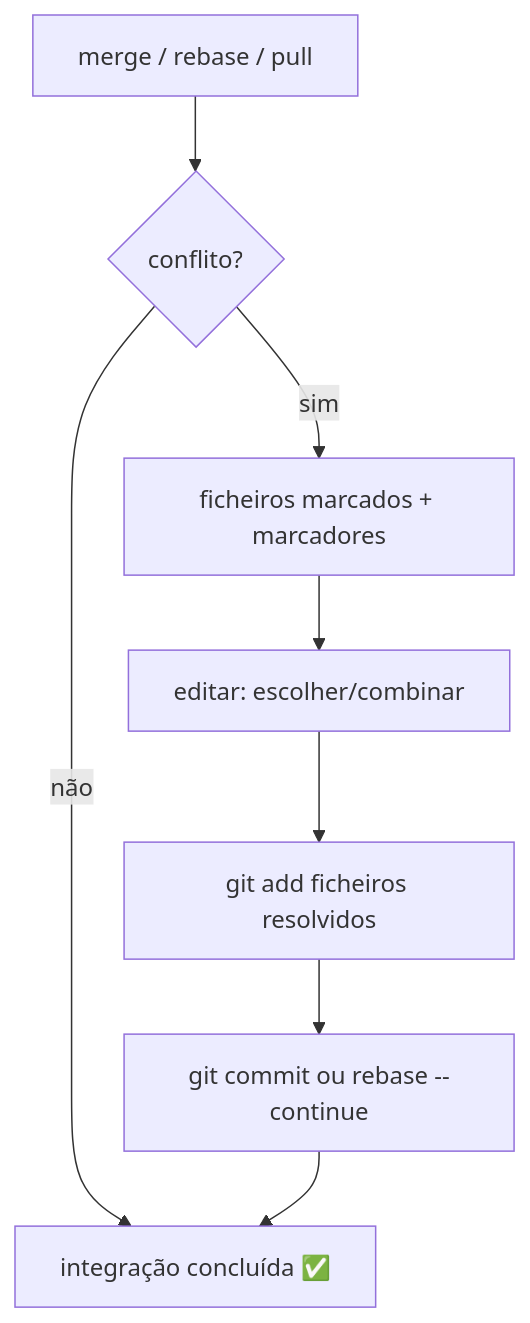
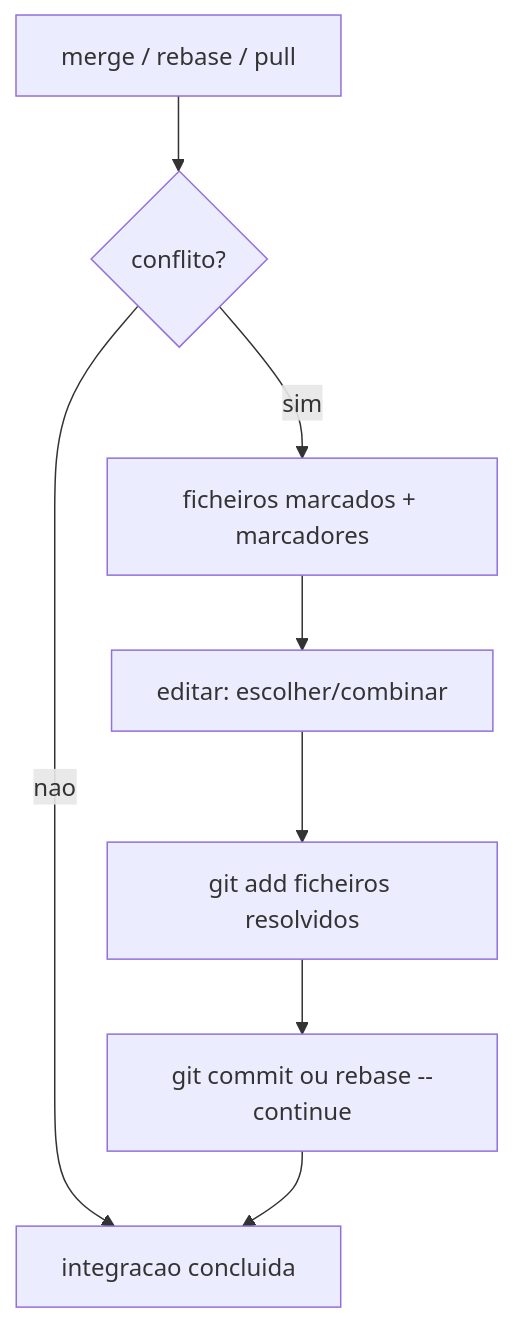
The diagram in 07-Resolucao-de-Conflitos/01-conflitos-e-recuperacao.md (BerniloBernardo-boot/Git-e-GitHub), drawn with Mermaid before and after one commit. The commit also changed other lines of this file and 27 other files, not shown here.

````diff
--- a/07-Resolucao-de-Conflitos/01-conflitos-e-recuperacao.md
+++ b/07-Resolucao-de-Conflitos/01-conflitos-e-recuperacao.md
@@ -9,10 +12,10 @@
 ```mermaid
 flowchart TB
-    S[merge / rebase / pull] --> C{conflito?}
-    C -->|não| OK[integração concluída ✅]
-    C -->|sim| M[ficheiros marcados + marcadores]
-    M --> E[editar: escolher/combinar]
-    E --> A[git add ficheiros resolvidos]
-    A --> F[git commit ou rebase --continue]
+    S["merge / rebase / pull"] --> C{"conflito?"}
+    C -->|nao| OK["integracao concluida"]
+    C -->|sim| M["ficheiros marcados + marcadores"]
+    M --> E["editar: escolher/combinar"]
+    E --> A["git add ficheiros resolvidos"]
+    A --> F["git commit ou rebase --continue"]
     F --> OK
 ```
````
